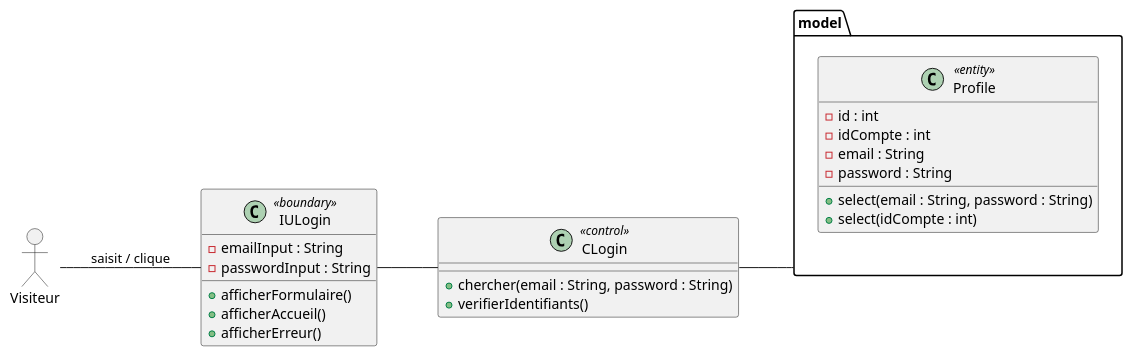
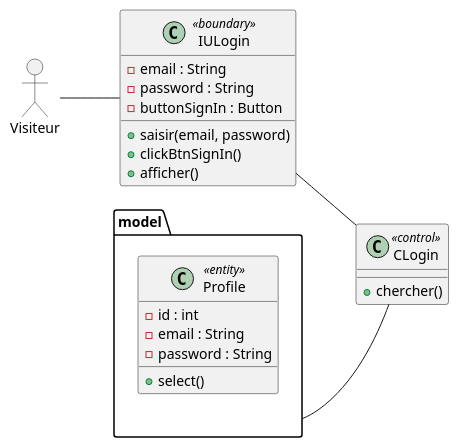
The diagram in Desktop/rapport/classe/login.puml (benslimenmohamedaziz3-bot/diagrammes), drawn with PlantUML before and after one commit. The commit also changed 17 other files, not shown here.

```diff
--- a/Desktop/rapport/classe/login.puml
+++ b/Desktop/rapport/classe/login.puml
@@ -1,33 +1,33 @@
 @startuml
 allowmixing
 left to right direction
+
 actor Visiteur
 
 class IULogin <<boundary>> {
-  - emailInput : String
-  - passwordInput : String
-  + afficherFormulaire()
-  + afficherAccueil()
-  + afficherErreur()
+  - email : String
+  - password : String
+  - buttonSignIn : Button
+  + saisir(email, password)
+  + clickBtnSignIn()
+  + afficher()
 }
 
 class CLogin <<control>> {
-  + chercher(email : String, password : String)
-  + verifierIdentifiants()
+  + chercher()
 }
 
 package model {
-class Profile <<entity>> {
-  - id : int
-  - idCompte : int
-  - email : String
-  - password : String
-  + select(email : String, password : String)
-  + select(idCompte : int)
+  class Profile <<entity>> {
+    - id : int
+    - email : String
+    - password : String
+    + select()
+  }
 }
-}
-Visiteur -- IULogin : saisit / clique
-IULogin -- CLogin 
-CLogin -- model 
+
+Visiteur -- IULogin
+IULogin -- CLogin
+CLogin -up- model
 
 @enduml
```
